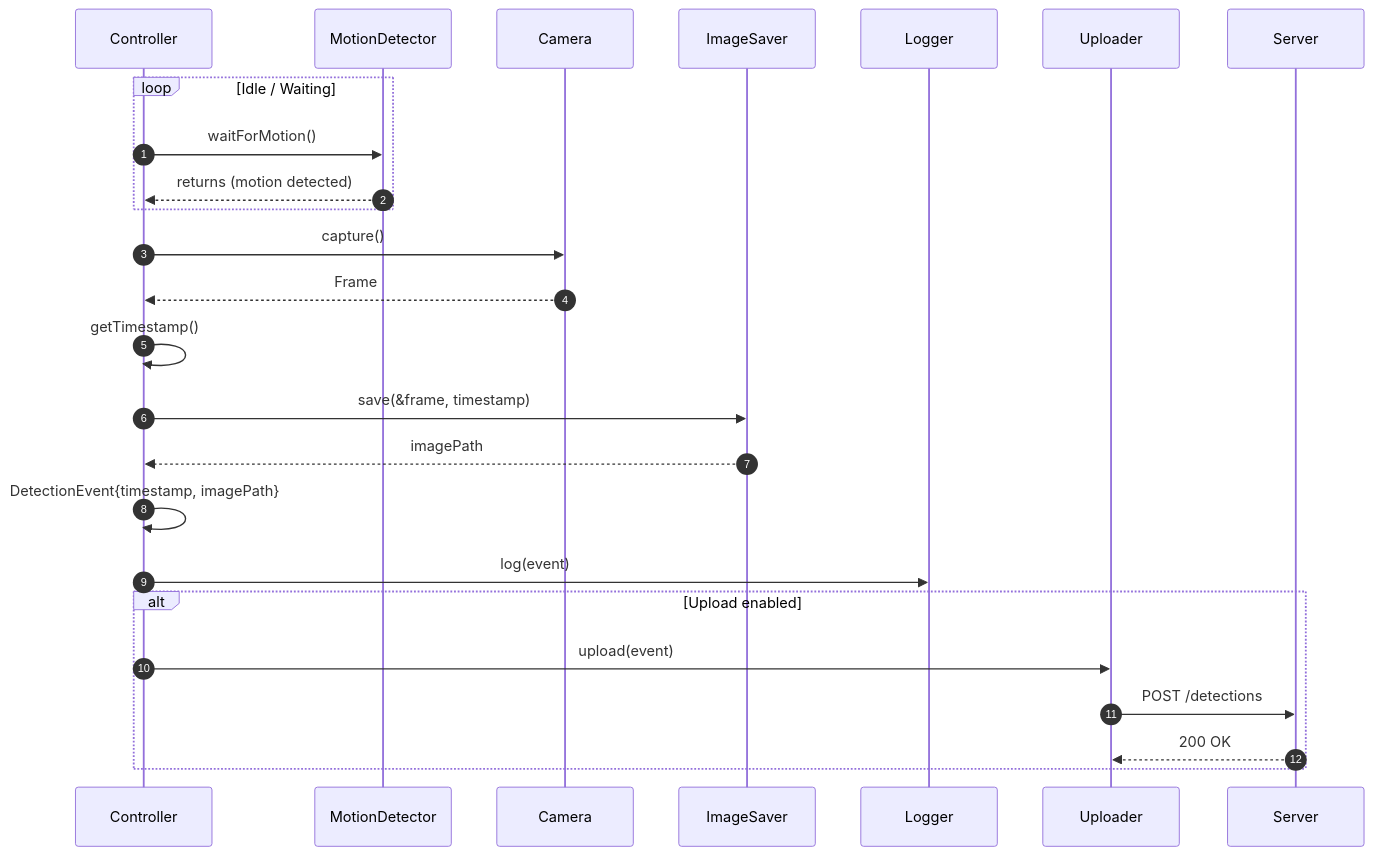
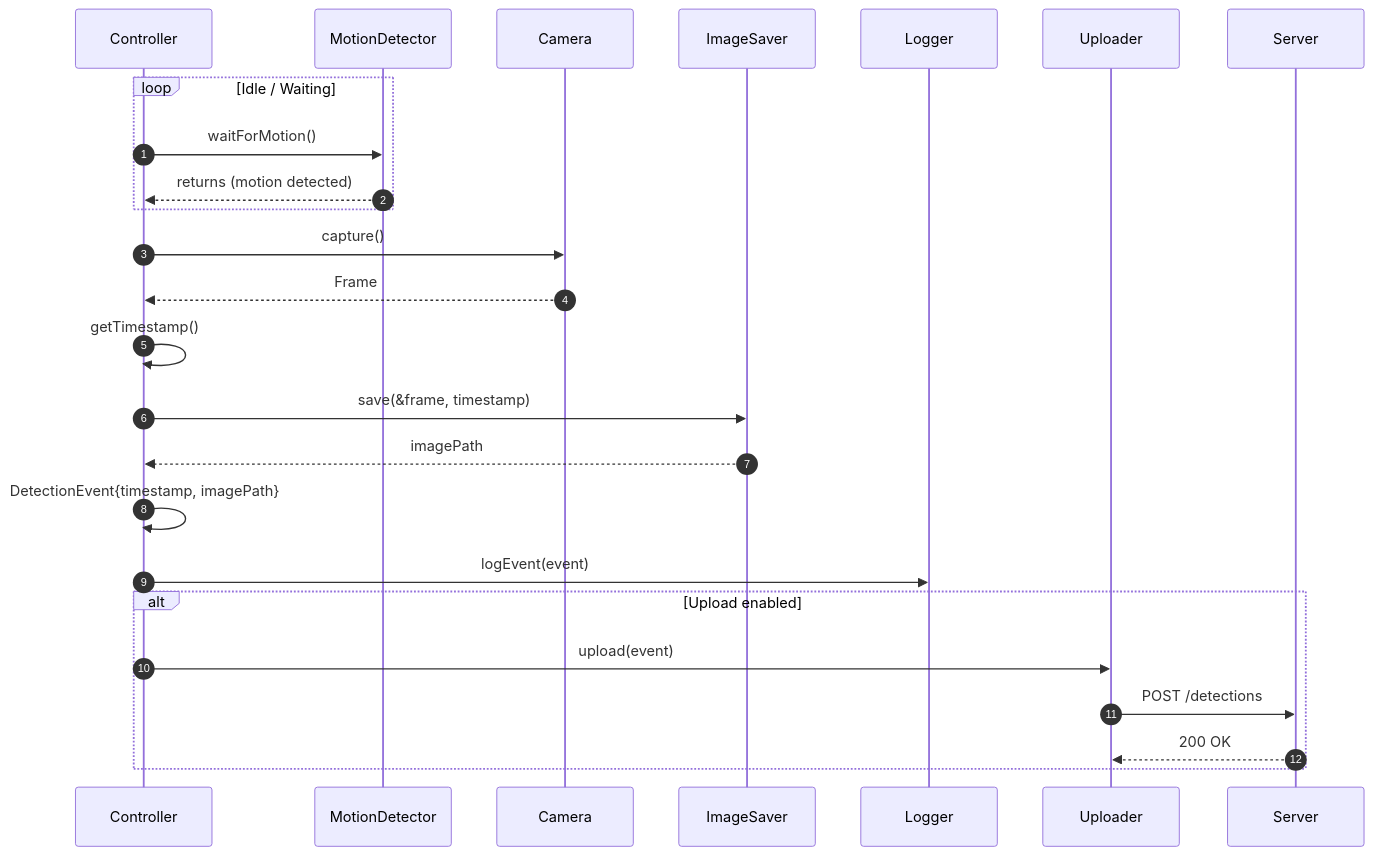
Before and after one commit to tfilewic/birdcam: the second of 2 diagrams in design.md, drawn with Mermaid. The commit also changed 17 other files, not shown here.

````diff
--- a/design.md
+++ b/design.md
@@ -38,36 +38,36 @@
 ```mermaid
 sequenceDiagram
     autonumber
 
     participant Controller
     participant MotionDetector
     participant Camera
     participant ImageSaver
     participant Logger
     participant Uploader
     participant Server
 
     loop Idle / Waiting
         Controller ->> MotionDetector: waitForMotion()
         MotionDetector -->> Controller: returns (motion detected)
     end
 
     Controller ->> Camera: capture()
     Camera -->> Controller: Frame
 
     Controller ->> Controller: getTimestamp()
 
     Controller ->> ImageSaver: save(&frame, timestamp)
     ImageSaver -->> Controller: imagePath
 
     Controller ->> Controller: DetectionEvent{timestamp, imagePath}
 
-    Controller ->> Logger: log(event)
+    Controller ->> Logger: logEvent(event)
 
     alt Upload enabled
         Controller ->> Uploader: upload(event)
         Uploader ->> Server: POST /detections
         Server -->> Uploader: 200 OK
     end
 
 ```
````
